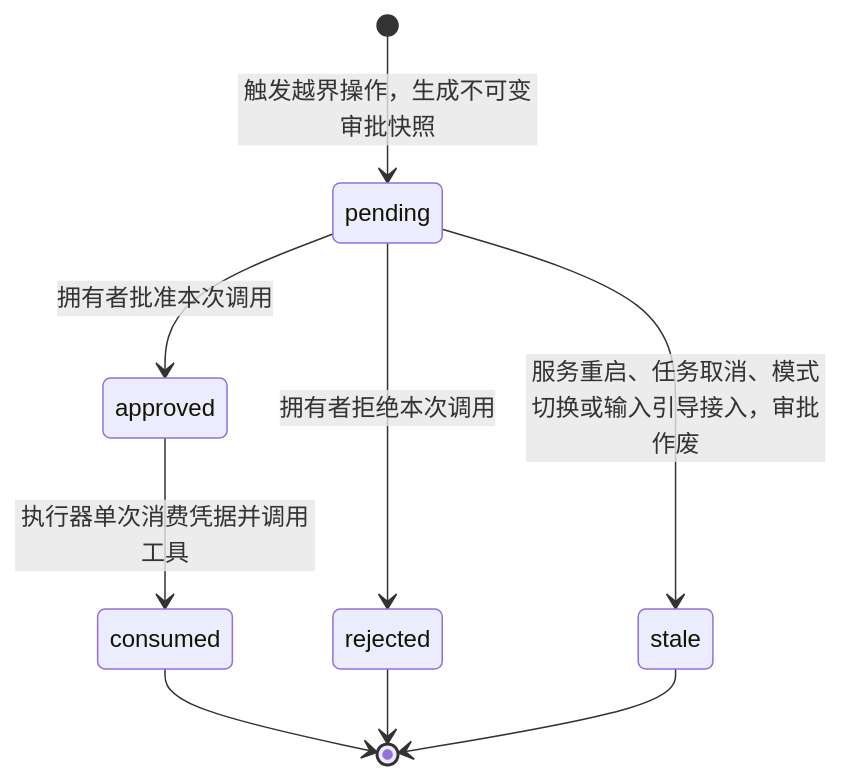
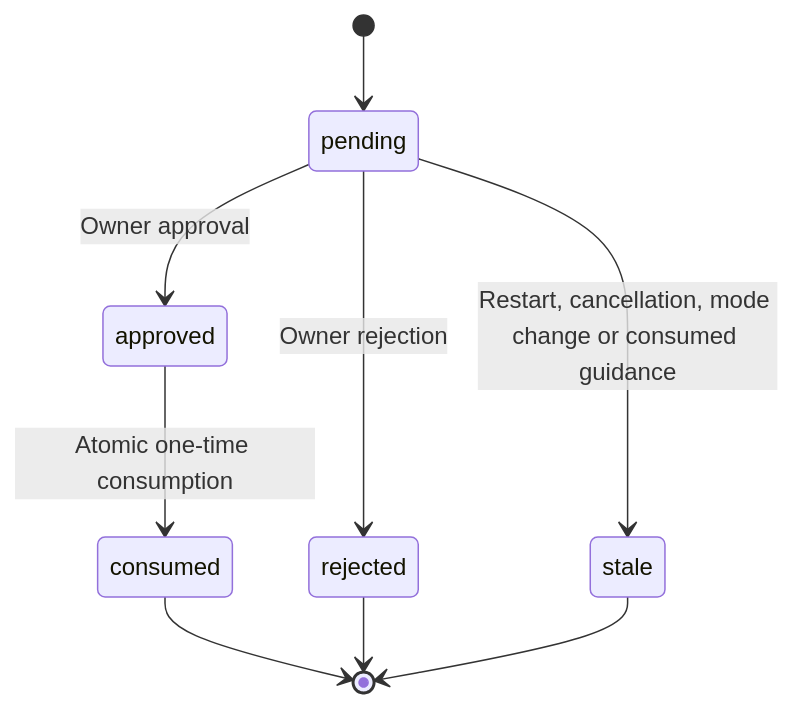
The first of 2 diagrams in docs/modules/agent-tools.md (num-lab/Ruukoto), drawn with Mermaid before and after one commit. The commit also changed other lines of this file and 3987 other files, not shown here.

````diff
--- a/docs/modules/agent-tools.md
+++ b/docs/modules/agent-tools.md
@@ -48,11 +32,11 @@
 ```mermaid
 stateDiagram-v2
-  [*] --> pending: 触发越界操作，生成不可变审批快照
-  pending --> approved: 拥有者批准本次调用
-  pending --> rejected: 拥有者拒绝本次调用
-  pending --> stale: 服务重启、任务取消、模式切换或输入引导接入，审批作废
-  approved --> consumed: 执行器单次消费凭据并调用工具
+  [*] --> pending
+  pending --> approved: Owner approval
+  pending --> rejected: Owner rejection
+  pending --> stale: Restart, cancellation, mode change or consumed guidance
+  approved --> consumed: Atomic one-time consumption
   consumed --> [*]
   rejected --> [*]
   stale --> [*]
 ```
````
